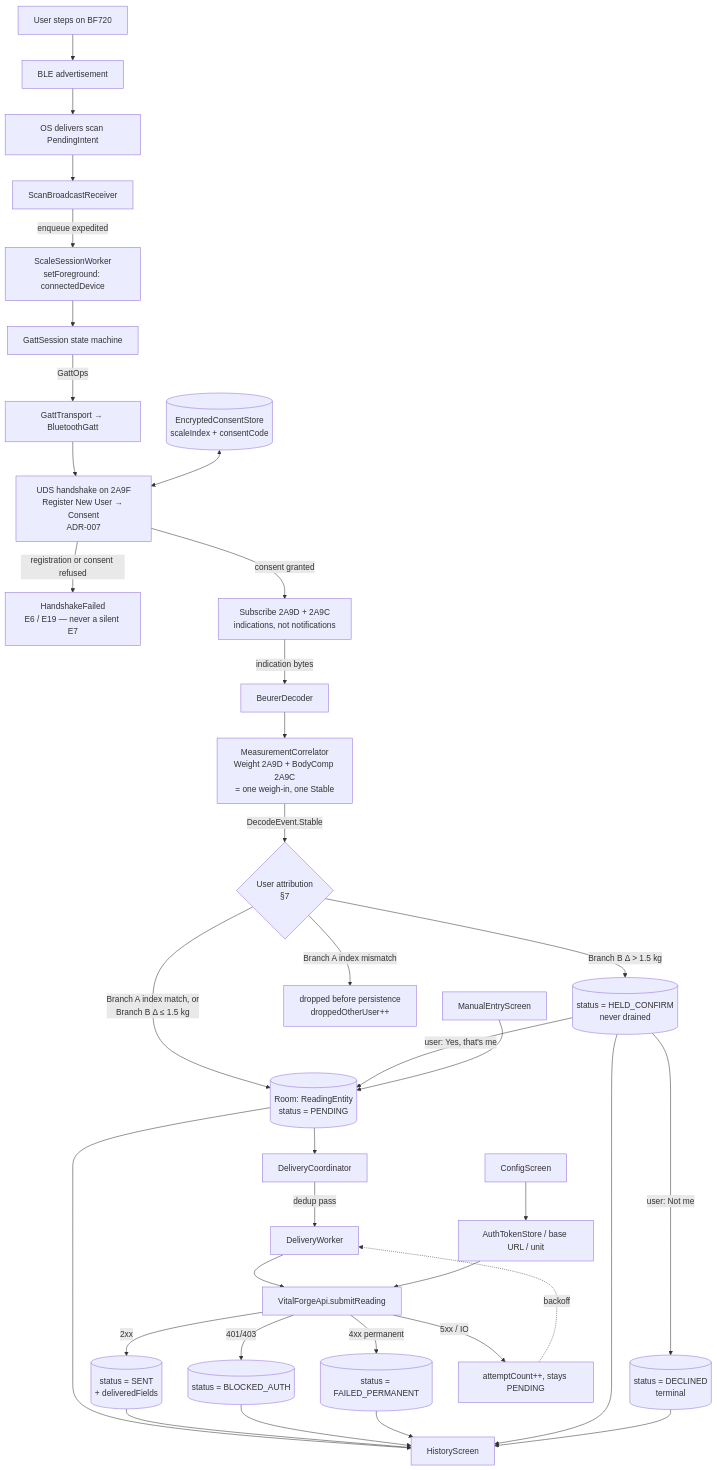
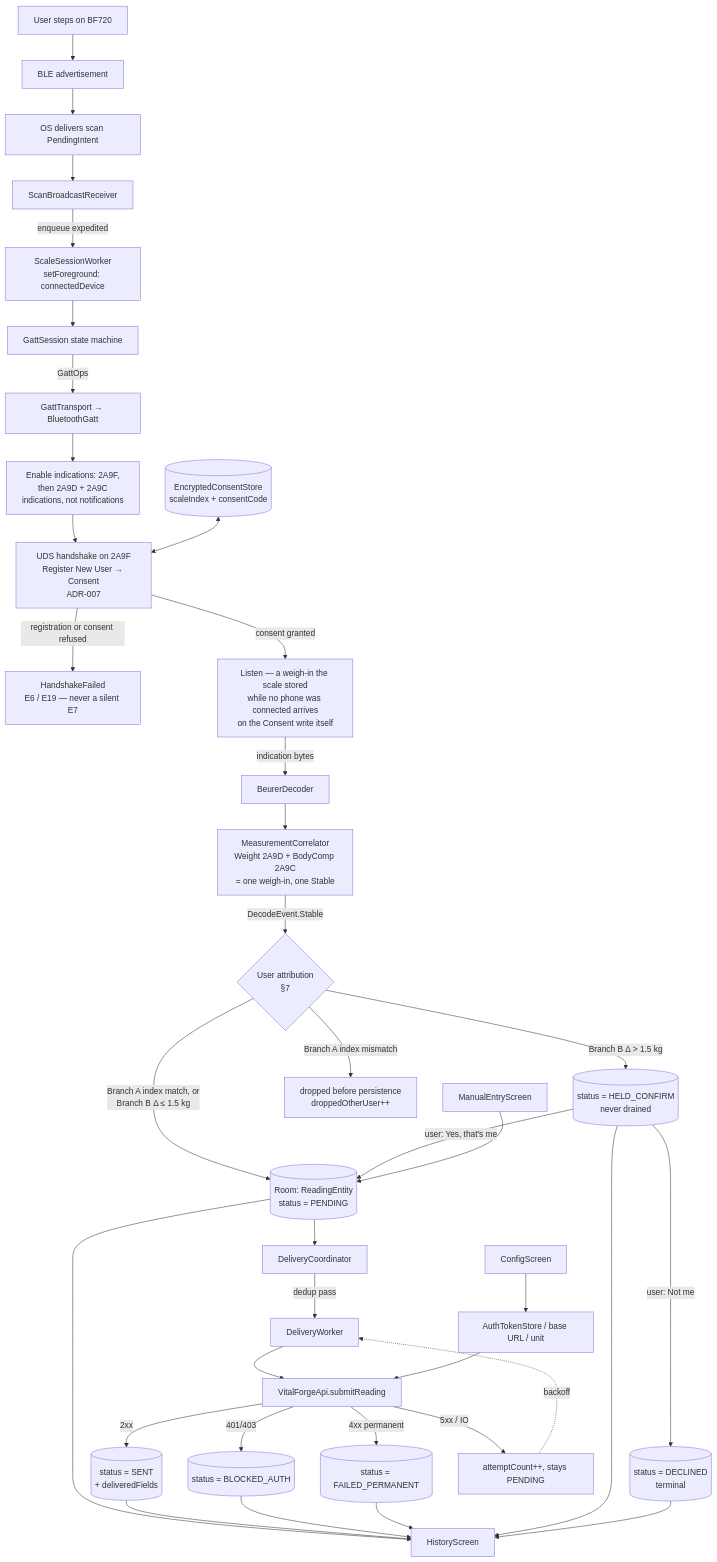
The first of 3 diagrams in docs/prp/00-design.md (bearyjd/bascule), drawn with Mermaid before and after one commit. The commit also changed other lines of this file and 8 other files, not shown here.

````diff
--- a/docs/prp/00-design.md
+++ b/docs/prp/00-design.md
@@ -94,38 +94,39 @@
 ```mermaid
 flowchart TD
     A[User steps on BF720] --> B[BLE advertisement]
     B --> C[OS delivers scan PendingIntent]
     C --> D[ScanBroadcastReceiver]
     D -->|enqueue expedited| E[ScaleSessionWorker<br/>setForeground: connectedDevice]
     E --> F[GattSession state machine]
     F -->|GattOps| G[GattTransport → BluetoothGatt]
-    G --> HS[UDS handshake on 2A9F<br/>Register New User → Consent<br/>ADR-007]
+    G --> SUB[Enable indications: 2A9F,<br/>then 2A9D + 2A9C<br/>indications, not notifications]
+    SUB --> HS[UDS handshake on 2A9F<br/>Register New User → Consent<br/>ADR-007]
     CS[(EncryptedConsentStore<br/>scaleIndex + consentCode)] <--> HS
     HS -->|registration or consent refused| Y[HandshakeFailed<br/>E6 / E19 — never a silent E7]
-    HS -->|consent granted| SUB[Subscribe 2A9D + 2A9C<br/>indications, not notifications]
-    SUB -->|indication bytes| H[BeurerDecoder]
+    HS -->|consent granted| LISTEN[Listen — a weigh-in the scale stored<br/>while no phone was connected arrives<br/>on the Consent write itself]
+    LISTEN -->|indication bytes| H[BeurerDecoder]
     H --> CORR[MeasurementCorrelator<br/>Weight 2A9D + BodyComp 2A9C<br/>= one weigh-in, one Stable]
     CORR -->|DecodeEvent.Stable| U{User attribution<br/>§7}
     U -->|Branch A index match, or<br/>Branch B Δ ≤ 1.5 kg| I[(Room: ReadingEntity<br/>status = PENDING)]
     U -->|Branch B Δ > 1.5 kg| V[(status = HELD_CONFIRM<br/>never drained)]
     U -->|Branch A index mismatch| W[dropped before persistence<br/>droppedOtherUser++]
     V -->|user: Yes, that's me| I
     V -->|user: Not me| X[(status = DECLINED<br/>terminal)]
     I --> J[DeliveryCoordinator]
     J -->|dedup pass| K[DeliveryWorker]
     K --> L[VitalForgeApi.submitReading]
     L -->|2xx| M[(status = SENT<br/>+ deliveredFields)]
     L -->|401/403| N[(status = BLOCKED_AUTH)]
     L -->|4xx permanent| O[(status = FAILED_PERMANENT)]
     L -->|5xx / IO| P[attemptCount++, stays PENDING]
     P -.->|backoff| K
     I --> Q[HistoryScreen]
     M --> Q
     N --> Q
     O --> Q
     V --> Q
     X --> Q
     R[ManualEntryScreen] --> I
     S[ConfigScreen] --> T[AuthTokenStore / base URL / unit]
     T --> L
 ```
````
